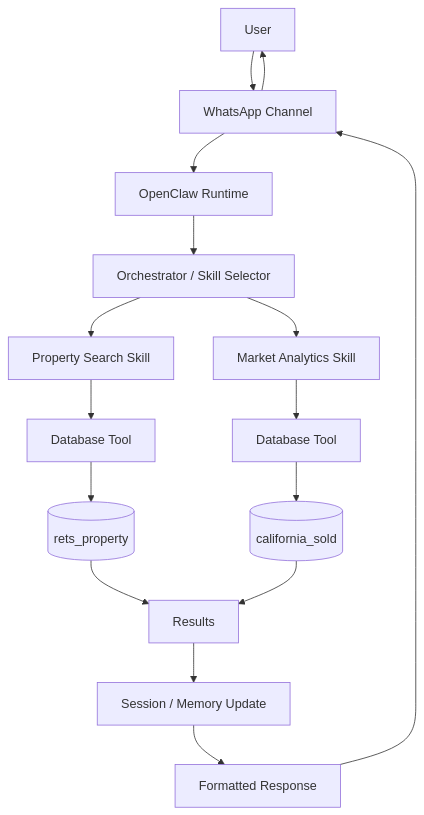
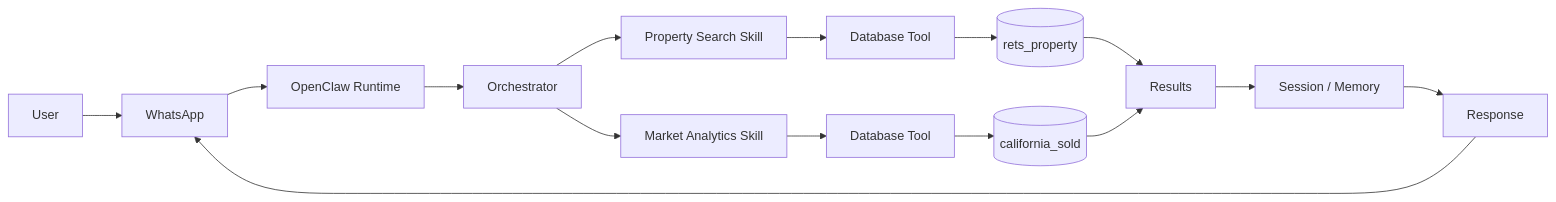
Before and after one commit to SeanPash/IDX-Exchange-Agentic-AI: the diagram in week1_architecture.md, drawn with Mermaid. The commit also changed other lines of this file, not shown here.

Commit message:
Chore: Fixed architecture markdown file

````diff
--- a/week1_architecture.md
+++ b/week1_architecture.md
@@ -11,23 +9,22 @@
 ```mermaid
-flowchart TD
-    A[User] --> B[WhatsApp Channel]
+flowchart LR
+    A[User] --> B[WhatsApp]
     B --> C[OpenClaw Runtime]
-    C --> D[Orchestrator / Skill Selector]
+    C --> D[Orchestrator]
 
     D --> E[Property Search Skill]
     D --> F[Market Analytics Skill]
 
     E --> G[Database Tool]
-    F --> H[Database Tool]
+    G --> H[(rets_property)]
 
-    G --> I[(rets_property)]
-    H --> J[(california_sold)]
+    F --> I[Database Tool]
+    I --> J[(california_sold)]
 
-    I --> K[Results]
+    H --> K[Results]
     J --> K
 
-    K --> L[Session / Memory Update]
-    L --> M[Formatted Response]
+    K --> L[Session / Memory]
+    L --> M[Response]
     M --> B
-    B --> A
 ```
````
